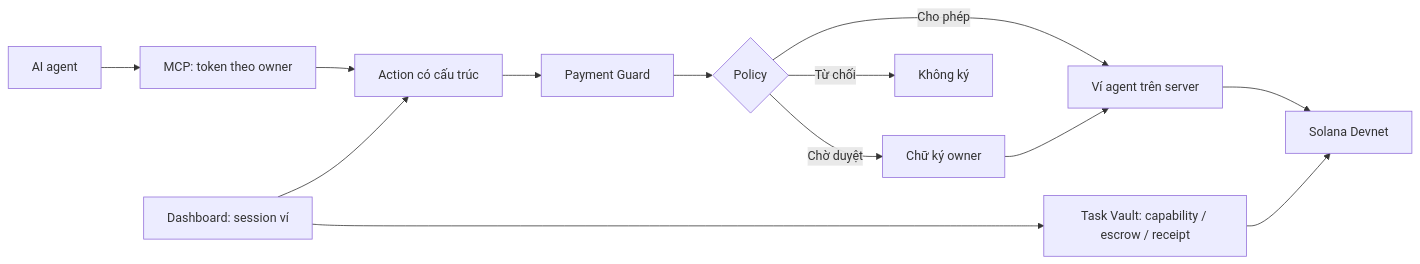
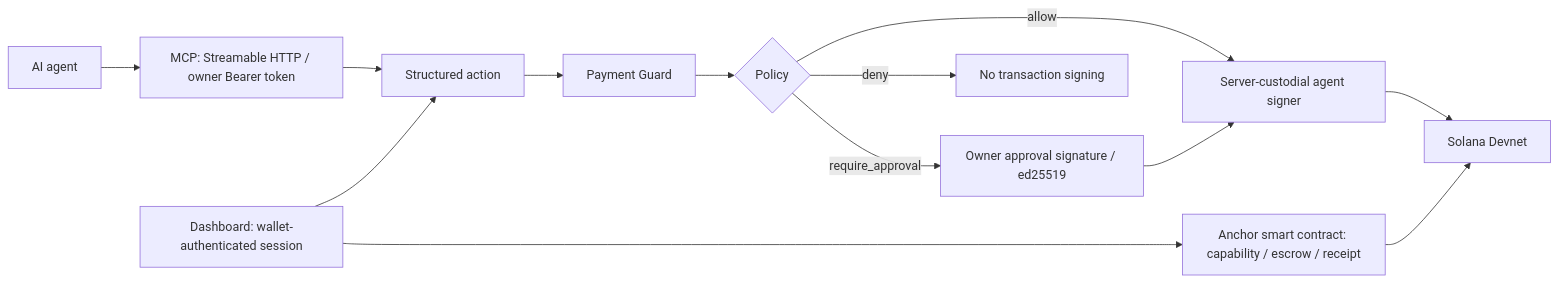
Before and after one commit to thanhhau15112000-dev/NexusWallet: the diagram in README.md, drawn with Mermaid. The commit also changed other lines of this file, not shown here.

````diff
--- a/README.md
+++ b/README.md
@@ -58,15 +58,15 @@
 ```mermaid
 flowchart LR
-  AI[AI agent] --> MCP[MCP: token theo owner]
-  MCP --> Intent[Action có cấu trúc]
-  UI[Dashboard: session ví] --> Intent
+  AI[AI agent] --> MCP[MCP: Streamable HTTP / owner Bearer token]
+  MCP --> Intent[Structured action]
+  UI[Dashboard: wallet-authenticated session] --> Intent
   Intent --> Guard[Payment Guard]
   Guard --> Decision{Policy}
-  Decision -->|Cho phép| Signer[Ví agent trên server]
-  Decision -->|Chờ duyệt| Approval[Chữ ký owner]
+  Decision -->|allow| Signer[Server-custodial agent signer]
+  Decision -->|require_approval| Approval[Owner approval signature / ed25519]
   Approval --> Signer
-  Decision -->|Từ chối| Stop[Không ký]
+  Decision -->|deny| Stop[No transaction signing]
   Signer --> Chain[Solana Devnet]
-  UI --> Vault[Task Vault: capability / escrow / receipt]
+  UI --> Vault[Anchor smart contract: capability / escrow / receipt]
   Vault --> Chain
 ```
````
